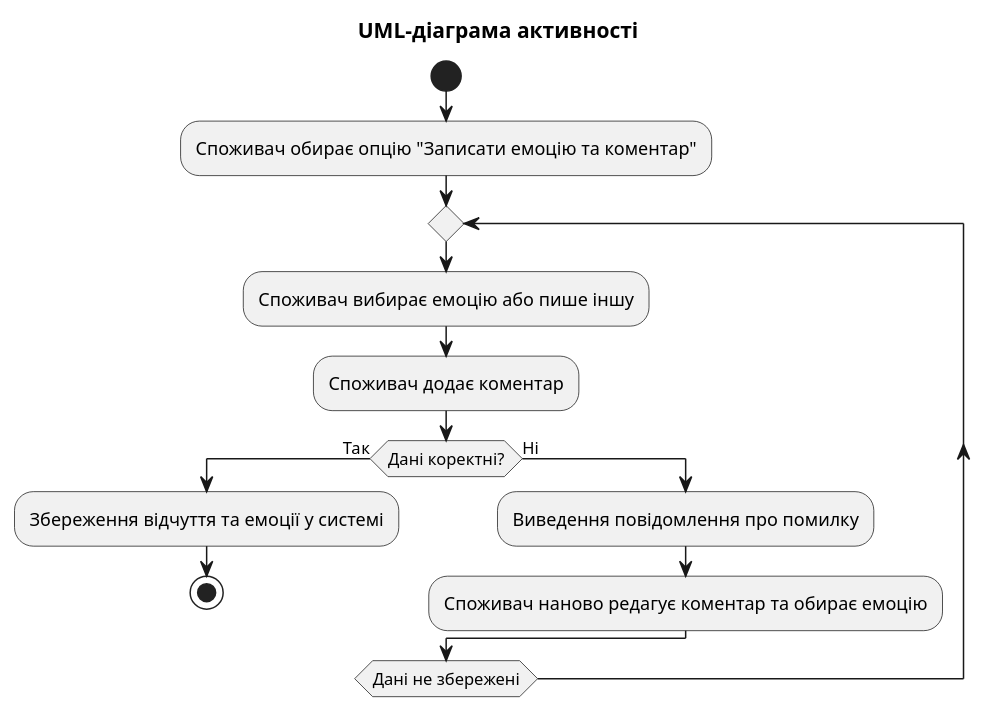
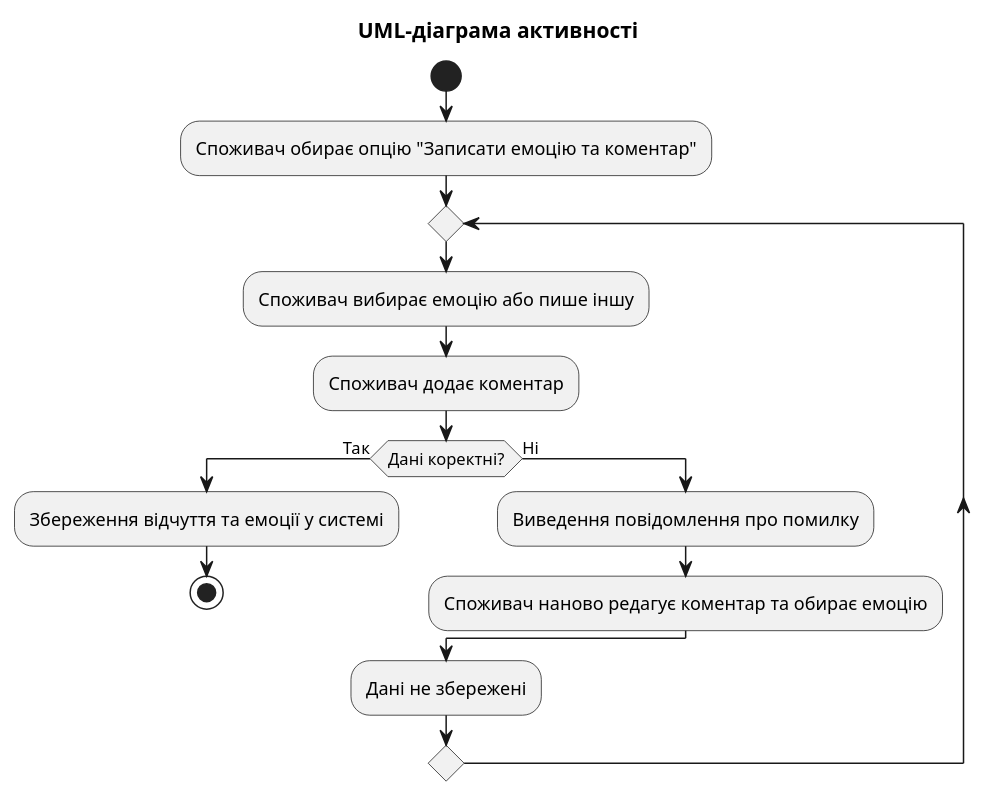
One commit to oleksandrblazhko/ai-214-shkuropatova changed the diagram in 2-SoftwareDesign/2.7-PlantUML/UML-Activity.puml. Above: the diagram before and after it, drawn with PlantUML.

```diff
--- a/2-SoftwareDesign/2.7-PlantUML/UML-Activity.puml
+++ b/2-SoftwareDesign/2.7-PlantUML/UML-Activity.puml
@@ -1,22 +1,23 @@
 @startuml
 
 title UML-діаграма активності
 
 start
 
 :Споживач обирає опцію "Записати емоцію та коментар";
 
 repeat
   :Споживач вибирає емоцію або пише іншу;
   :Споживач додає коментар;
 
   if (Дані коректні?) then (Так)
     :Збереження відчуття та емоції у системі;
     stop
   else (Ні)
     :Виведення повідомлення про помилку;
     :Споживач наново редагує коментар та обирає емоцію;
   endif
-repeat while (Дані не збережені)
+:Дані не збережені;
+repeat while ();
 
 @enduml
```
